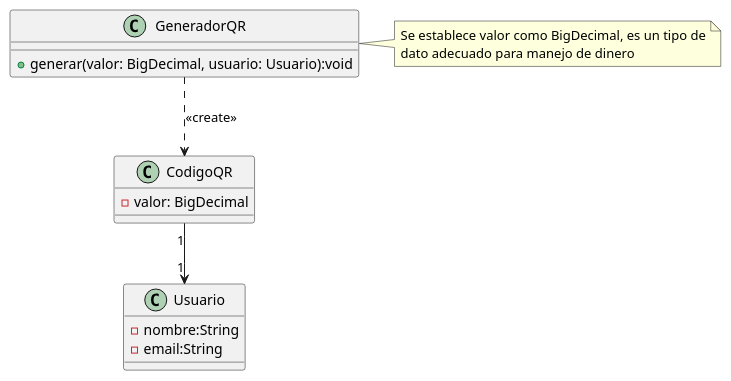
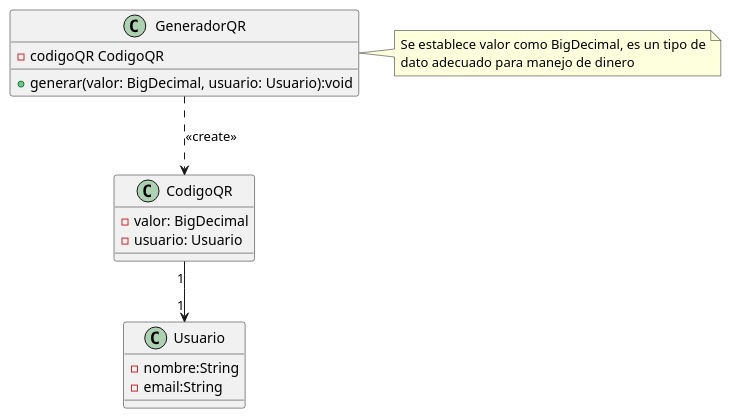
Before and after one commit to guillecampoy/tp5-UML: the diagram in docs/uml/plantuml/13-generadorQR-usuario-codigoQR.puml, drawn with PlantUML. The commit also changed 13 other files, not shown here.

Commit message:
Se ajustan archivos puml(UML) con nombres de variables, atributos faltantes

```diff
--- a/docs/uml/plantuml/13-generadorQR-usuario-codigoQR.puml
+++ b/docs/uml/plantuml/13-generadorQR-usuario-codigoQR.puml
@@ -1,26 +1,28 @@
 @startuml
 class GeneradorQR {
+-codigoQR CodigoQR
 +generar(valor: BigDecimal, usuario: Usuario):void
 
 }
 
 class CodigoQR {
 -valor: BigDecimal
+-usuario: Usuario
 
 }
 
 class Usuario {
 -nombre:String
 -email:String
 
 }
 
 CodigoQR "1" --> "1" Usuario
 GeneradorQR ..> CodigoQR : <<create>>
 
 ' Notas (opcional)
 note right of GeneradorQR
  Se establece valor como BigDecimal, es un tipo de
  dato adecuado para manejo de dinero
 end note
 @enduml
```
